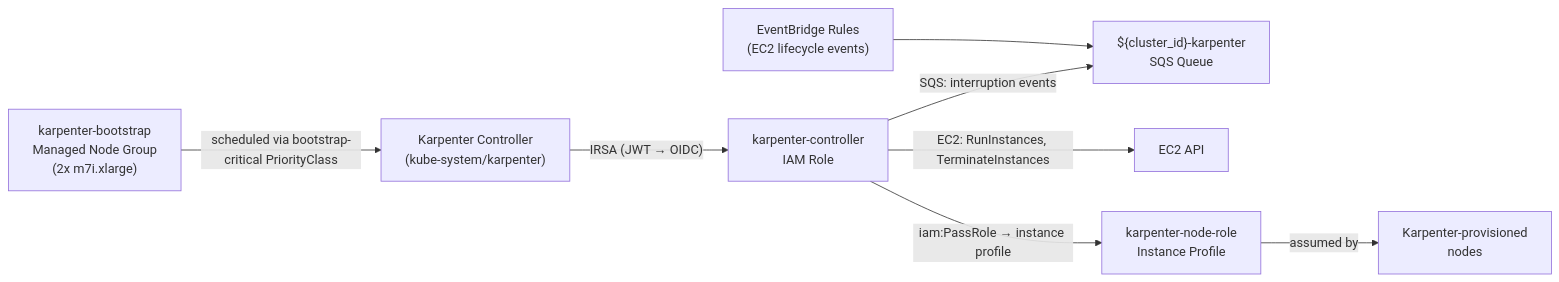
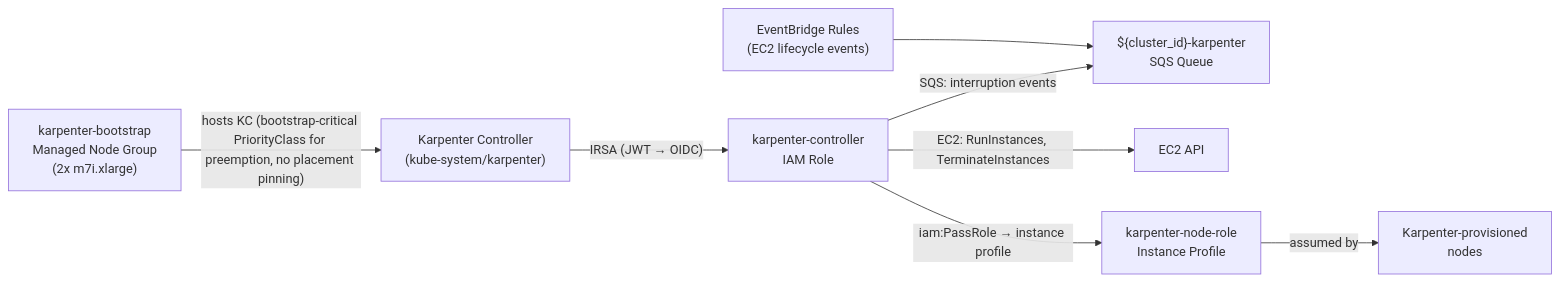
The diagram in docs/design/karpenter-node-provisioning.md (rosa-regional-platform-ci/rosa-hyperfleet), drawn with Mermaid before and after one commit. The commit also changed 18 other files, not shown here.

````diff
--- a/docs/design/karpenter-node-provisioning.md
+++ b/docs/design/karpenter-node-provisioning.md
@@ -41,10 +41,10 @@
 ```mermaid
 graph LR
     KC["Karpenter Controller\n(kube-system/karpenter)"] -->|"IRSA (JWT → OIDC)"| KCR["karpenter-controller\nIAM Role"]
     KCR -->|"SQS: interruption events"| SQS["${cluster_id}-karpenter\nSQS Queue"]
     KCR -->|"EC2: RunInstances, TerminateInstances"| EC2["EC2 API"]
     KCR -->|"iam:PassRole → instance profile"| KNR["karpenter-node-role\nInstance Profile"]
     KNR -->|"assumed by"| KN["Karpenter-provisioned\nnodes"]
-    BNG["karpenter-bootstrap\nManaged Node Group\n(2x m7i.xlarge)"] -->|"scheduled via bootstrap-critical PriorityClass"| KC
+    BNG["karpenter-bootstrap\nManaged Node Group\n(2x m7i.xlarge)"] -->|"hosts KC (bootstrap-critical PriorityClass for preemption, no placement pinning)"| KC
     EB["EventBridge Rules\n(EC2 lifecycle events)"] --> SQS
 ```
````
